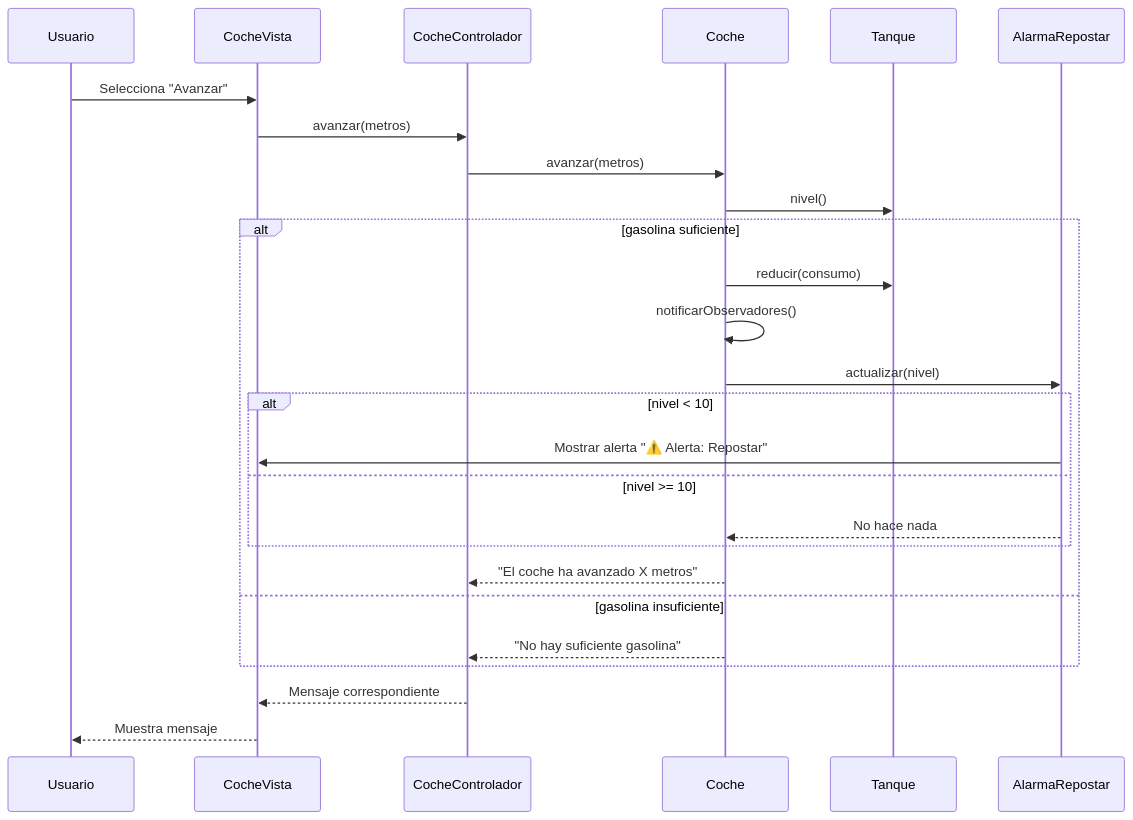
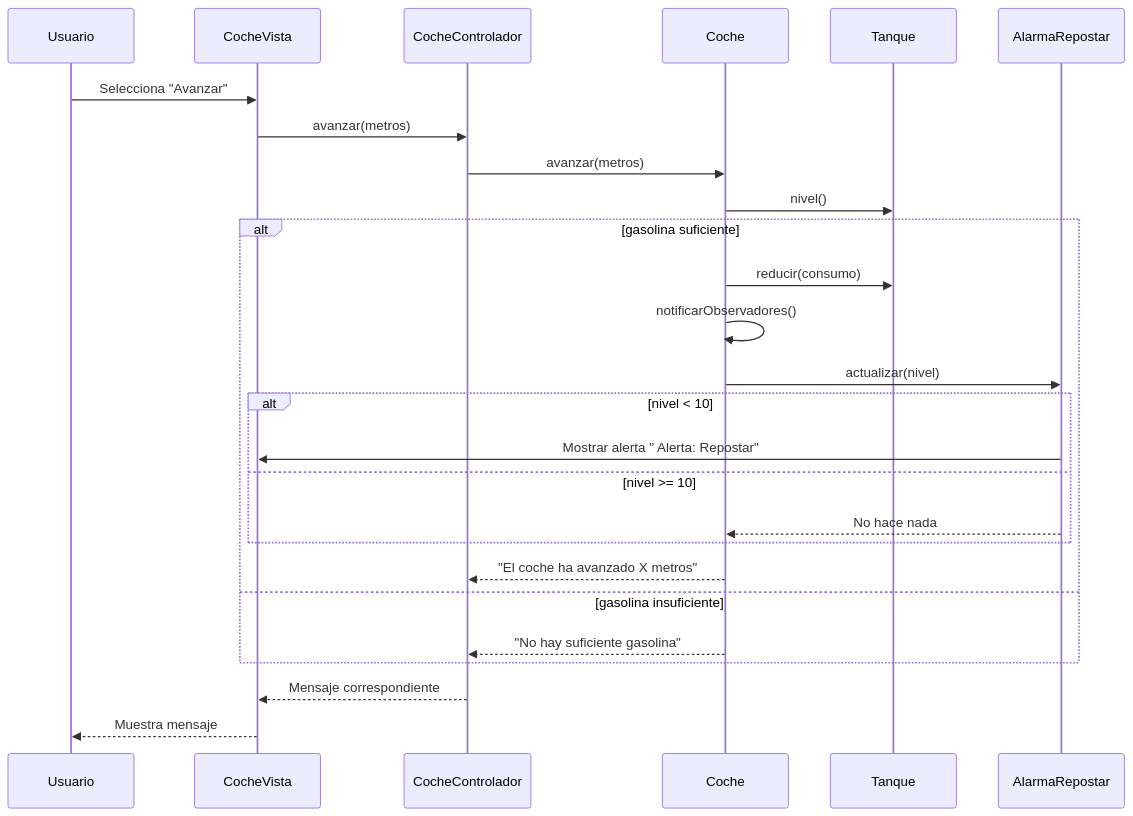
The diagram in src/readme.md (gauchoo69/repositorioMVC), drawn with Mermaid before and after one commit.

Commit message:
Merge remote-tracking branch 'origin/master'

````diff
--- a/src/readme.md
+++ b/src/readme.md
@@ -1,29 +1,29 @@
 ```mermaid
 sequenceDiagram
 participant Usuario
 participant CocheVista
 participant CocheControlador
 participant Coche
 participant Tanque
 participant AlarmaRepostar
 
     Usuario->>CocheVista: Selecciona "Avanzar"
     CocheVista->>CocheControlador: avanzar(metros)
     CocheControlador->>Coche: avanzar(metros)
     Coche->>Tanque: nivel()
     alt gasolina suficiente
         Coche->>Tanque: reducir(consumo)
         Coche->>Coche: notificarObservadores()
         Coche->>AlarmaRepostar: actualizar(nivel)
         alt nivel < 10
-            AlarmaRepostar->>CocheVista: Mostrar alerta "⚠️ Alerta: Repostar"
+            AlarmaRepostar->>CocheVista: Mostrar alerta " Alerta: Repostar"
         else nivel >= 10
             AlarmaRepostar-->>Coche: No hace nada
         end
         Coche-->>CocheControlador: "El coche ha avanzado X metros"
     else gasolina insuficiente
         Coche-->>CocheControlador: "No hay suficiente gasolina"
     end
     CocheControlador-->>CocheVista: Mensaje correspondiente
     CocheVista-->>Usuario: Muestra mensaje
 ```
````
